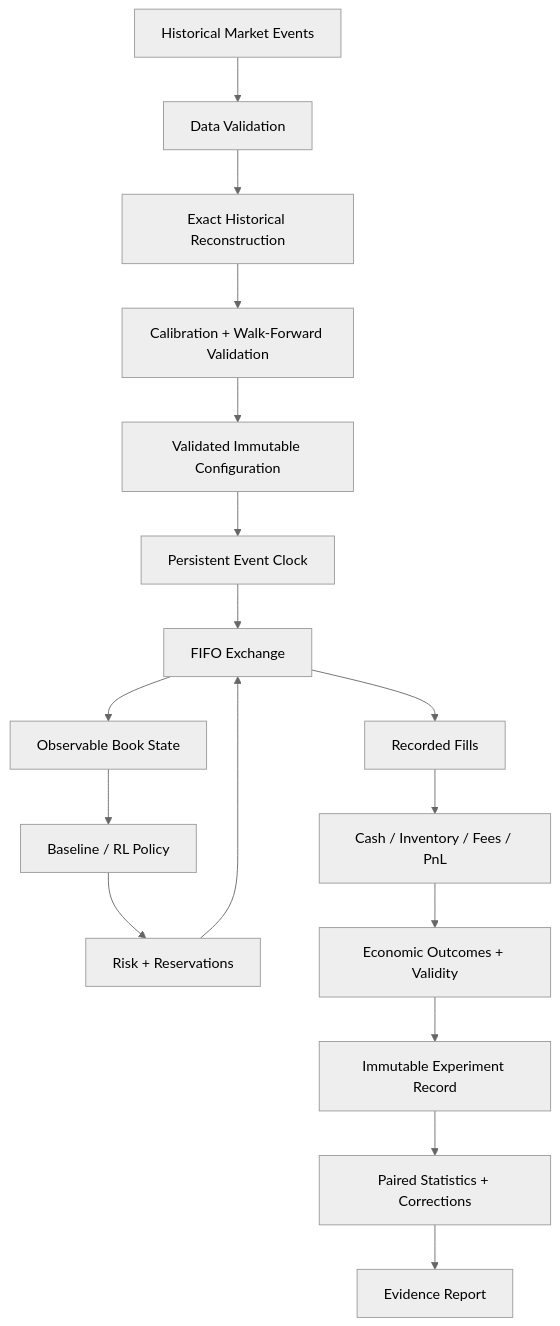
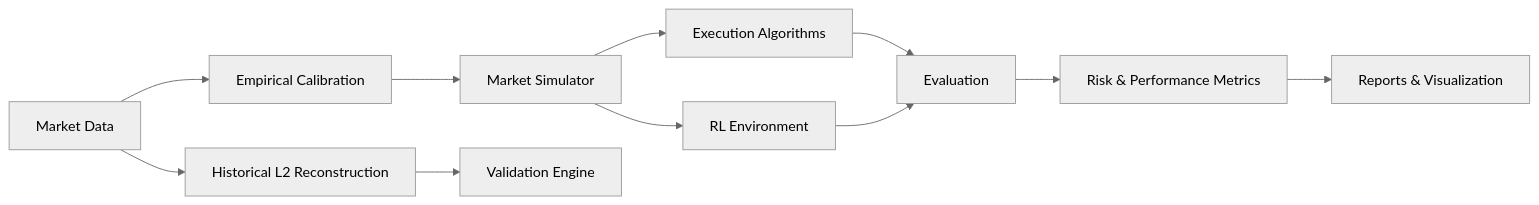
One commit to damraka/CleoLOB changed the diagram in README.md. Above: the diagram before and after it, drawn with Mermaid (neutral theme). The commit also changed other lines of this file and 2 other files, not shown here.

````diff
--- a/README.md
+++ b/README.md
@@ -411,36 +821,17 @@
 ```mermaid
-flowchart TD
+flowchart LR
+    A[Market Data] --> B[Historical L2 Reconstruction]
+    A --> C[Empirical Calibration]
 
-    Config[Validated Immutable Configuration]
+    C --> D[Market Simulator]
+    B --> E[Validation Engine]
 
-    Config --> Clock[Persistent Event Clock]
+    D --> F[Execution Algorithms]
+    D --> G[RL Environment]
 
-    Clock --> Exchange[FIFO Exchange]
+    F --> H[Evaluation]
+    G --> H
 
-    Agents[Baseline / RL Policy] --> Risk[Risk + Reservations]
-
-    Risk --> Exchange
-
-    Exchange --> Fills[Recorded Fills]
-    Exchange --> State[Observable Book State]
-
-    State --> Agents
-
-    Fills --> Ledger[Cash / Inventory / Fees / PnL]
-
-    Ledger --> Metrics[Economic Outcomes + Validity]
-
-    Metrics --> Registry[Immutable Experiment Record]
-
-    Registry --> Stats[Paired Statistics + Corrections]
-
-    Stats --> Report[Evidence Report]
-
-    Data[Historical Market Events] --> Validate[Data Validation]
-
-    Validate --> Replay[Exact Historical Reconstruction]
-
-    Replay --> Calibration[Calibration + Walk-Forward Validation]
-
-    Calibration --> Config
+    H --> I[Risk & Performance Metrics]
+    I --> J[Reports & Visualization]
 ```
````
